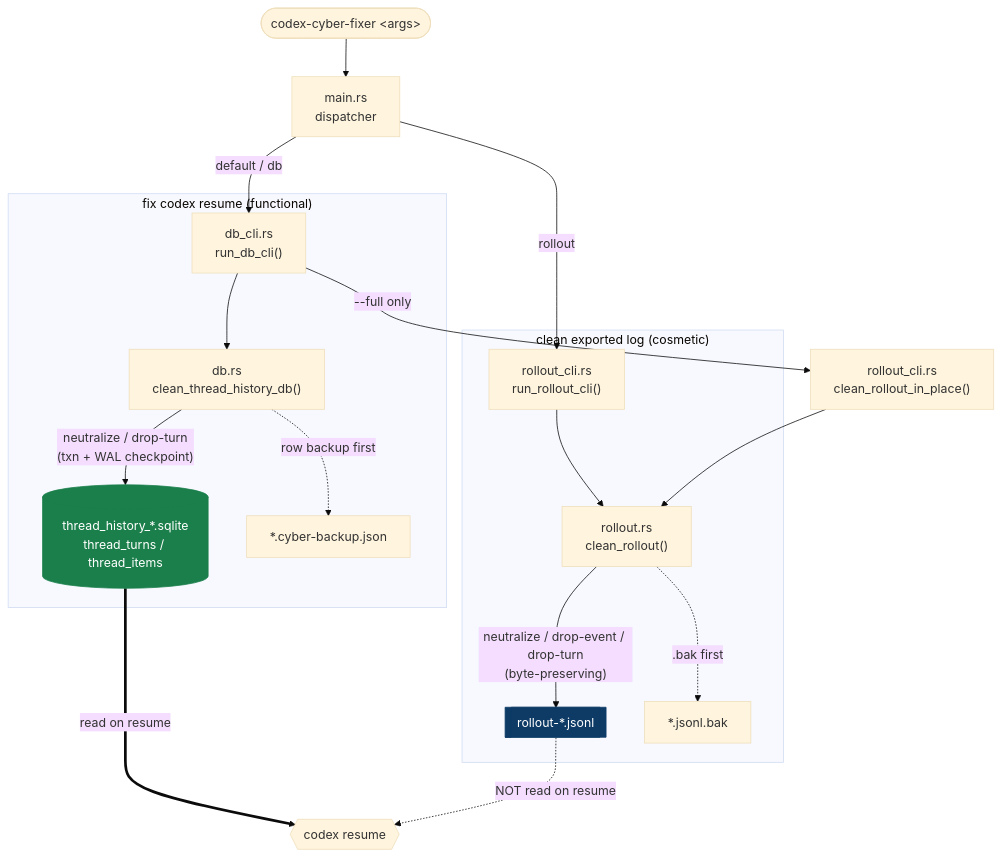
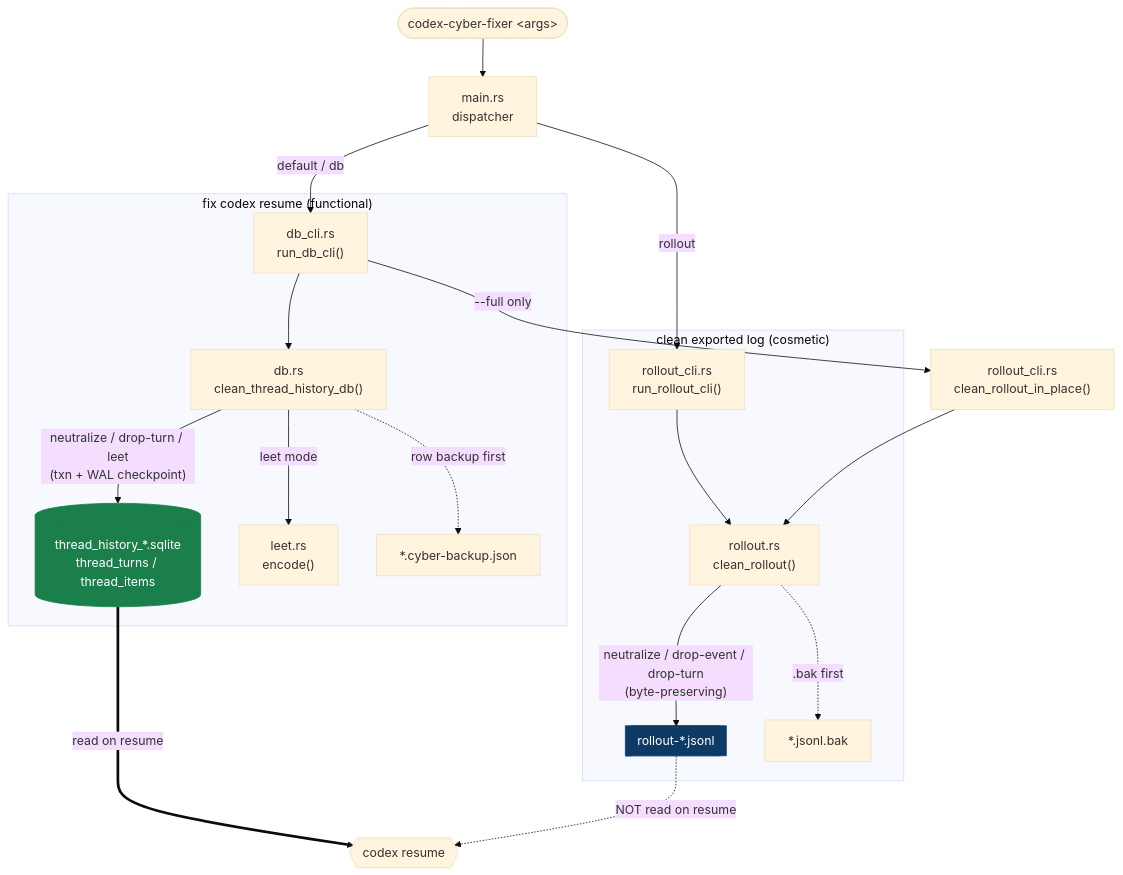
One commit to hypnguyen1209/codex-cyber-fixer changed the diagram in README.md. Above: the diagram before and after it, drawn with Mermaid (base theme). The commit also changed other lines of this file and 5 other files, not shown here.

First line of the commit message:
Add leet speak mode (--mode leet) to obfuscate flagged user messages

````diff
--- a/README.md
+++ b/README.md
@@ -55,30 +57,31 @@
 ```mermaid
 flowchart TD
     user(["codex-cyber-fixer &lt;args&gt;"]) --> main["main.rs<br/>dispatcher"]
 
     main -->|"rollout"| rcli["rollout_cli.rs<br/>run_rollout_cli()"]
     main -->|"default / db"| dcli["db_cli.rs<br/>run_db_cli()"]
 
     subgraph resume ["fix codex resume (functional)"]
         dcli --> dcore["db.rs<br/>clean_thread_history_db()"]
-        dcore -->|"neutralize / drop-turn<br/>(txn + WAL checkpoint)"| sqlite[("thread_history_*.sqlite<br/>thread_turns / thread_items")]
+        dcore -->|"neutralize / drop-turn / leet<br/>(txn + WAL checkpoint)"| sqlite[("thread_history_*.sqlite<br/>thread_turns / thread_items")]
+        dcore -->|"leet mode"| leetmod["leet.rs<br/>encode()"]
         dcore -.->|"row backup first"| bak1["*.cyber-backup.json"]
     end
 
     subgraph exported ["clean exported log (cosmetic)"]
         rcli --> ccore["rollout.rs<br/>clean_rollout()"]
         ccore -->|"neutralize / drop-event / drop-turn<br/>(byte-preserving)"| jsonl[["rollout-*.jsonl"]]
         ccore -.->|".bak first"| bak2["*.jsonl.bak"]
     end
 
     dcli -->|"--full only"| helper["rollout_cli.rs<br/>clean_rollout_in_place()"]
     helper --> ccore
 
     sqlite ==>|"read on resume"| codex{{"codex resume"}}
     jsonl -. "NOT read on resume" .-> codex
 
     classDef store fill:#0d3b66,stroke:#0d3b66,color:#fff;
     classDef truth fill:#1b7f4b,stroke:#1b7f4b,color:#fff;
     class jsonl store;
     class sqlite truth;
 ```
````
